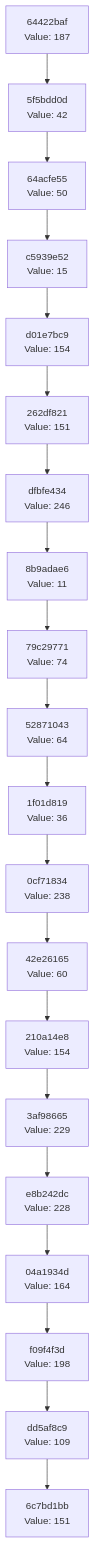
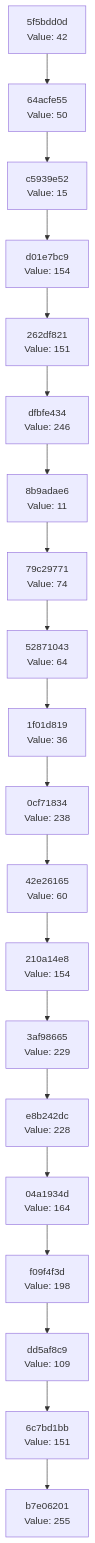
One commit to Abhisheksinha1506/hash-chain-evolver changed the diagram in docs/CHAIN_VISUALIZATION.md. Above: the diagram before and after it, drawn with Mermaid. The commit also changed 2 other files, not shown here.

Commit message:
Evolution step: hash 0xFF → action executed

````diff
--- a/docs/CHAIN_VISUALIZATION.md
+++ b/docs/CHAIN_VISUALIZATION.md
@@ -3,42 +3,42 @@
 ```mermaid
 graph TD
-    C0["6c7bd1bb<br/>Value: 151"]
-    C1["dd5af8c9<br/>Value: 109"]
+    C0["b7e06201<br/>Value: 255"]
+    C1["6c7bd1bb<br/>Value: 151"]
     C1 --> C0
-    C2["f09f4f3d<br/>Value: 198"]
+    C2["dd5af8c9<br/>Value: 109"]
     C2 --> C1
-    C3["04a1934d<br/>Value: 164"]
+    C3["f09f4f3d<br/>Value: 198"]
     C3 --> C2
-    C4["e8b242dc<br/>Value: 228"]
+    C4["04a1934d<br/>Value: 164"]
     C4 --> C3
-    C5["3af98665<br/>Value: 229"]
+    C5["e8b242dc<br/>Value: 228"]
     C5 --> C4
-    C6["210a14e8<br/>Value: 154"]
+    C6["3af98665<br/>Value: 229"]
     C6 --> C5
-    C7["42e26165<br/>Value: 60"]
+    C7["210a14e8<br/>Value: 154"]
     C7 --> C6
-    C8["0cf71834<br/>Value: 238"]
+    C8["42e26165<br/>Value: 60"]
     C8 --> C7
-    C9["1f01d819<br/>Value: 36"]
+    C9["0cf71834<br/>Value: 238"]
     C9 --> C8
-    C10["52871043<br/>Value: 64"]
+    C10["1f01d819<br/>Value: 36"]
     C10 --> C9
-    C11["79c29771<br/>Value: 74"]
+    C11["52871043<br/>Value: 64"]
     C11 --> C10
-    C12["8b9adae6<br/>Value: 11"]
+    C12["79c29771<br/>Value: 74"]
     C12 --> C11
-    C13["dfbfe434<br/>Value: 246"]
+    C13["8b9adae6<br/>Value: 11"]
     C13 --> C12
-    C14["262df821<br/>Value: 151"]
+    C14["dfbfe434<br/>Value: 246"]
     C14 --> C13
-    C15["d01e7bc9<br/>Value: 154"]
+    C15["262df821<br/>Value: 151"]
     C15 --> C14
-    C16["c5939e52<br/>Value: 15"]
+    C16["d01e7bc9<br/>Value: 154"]
     C16 --> C15
-    C17["64acfe55<br/>Value: 50"]
+    C17["c5939e52<br/>Value: 15"]
     C17 --> C16
-    C18["5f5bdd0d<br/>Value: 42"]
+    C18["64acfe55<br/>Value: 50"]
     C18 --> C17
-    C19["64422baf<br/>Value: 187"]
+    C19["5f5bdd0d<br/>Value: 42"]
     C19 --> C18
 ```
````
